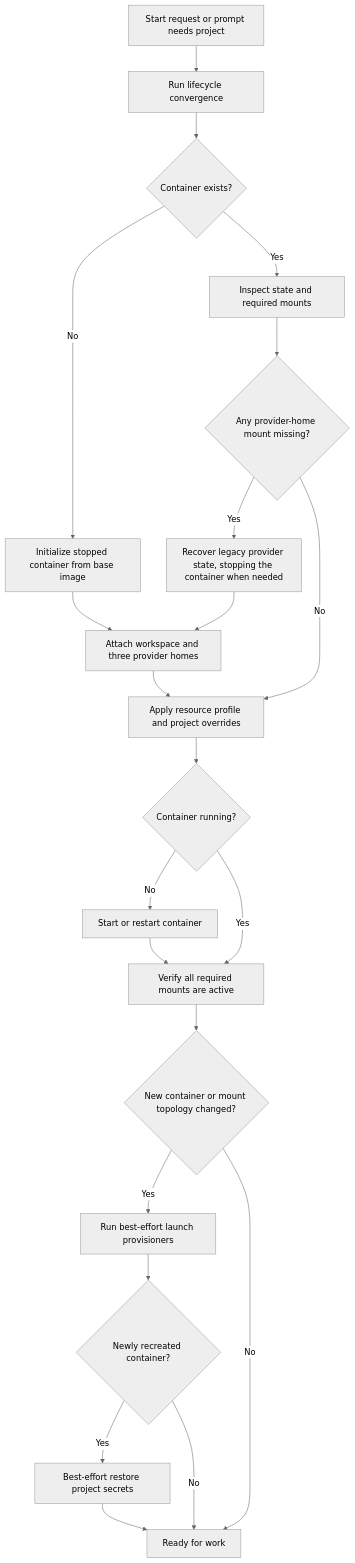
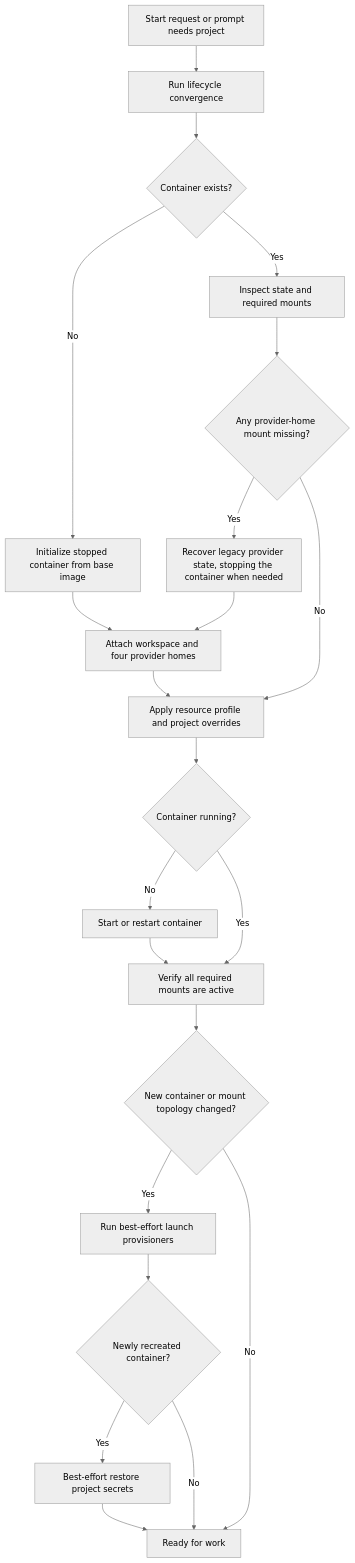
One commit to AbdallahMohamedDotnet/remote.futrx changed the fourth of 5 diagrams in docs/02-workspaces/03-projects-and-containers.md. Above: the diagram before and after it, drawn with Mermaid (neutral theme). The commit also changed other lines of this file and 27 other files, not shown here.

````diff
--- a/docs/02-workspaces/03-projects-and-containers.md
+++ b/docs/02-workspaces/03-projects-and-containers.md
@@ -104,24 +117,24 @@
 ```mermaid
 flowchart TD
     Start["Start request or prompt needs project"] --> Ensure["Run lifecycle convergence"]
     Ensure --> State{"Container exists?"}
     State -->|"No"| Init["Initialize stopped container from base image"]
     State -->|"Yes"| Inspect["Inspect state and required mounts"]
-    Init --> Attach["Attach workspace and three provider homes"]
+    Init --> Attach["Attach workspace and four provider homes"]
     Inspect --> Missing{"Any provider-home mount missing?"}
     Missing -->|"Yes"| Migrate["Recover legacy provider state, stopping the container when needed"]
     Migrate --> Attach
     Missing -->|"No"| Limits["Apply resource profile and project overrides"]
     Attach --> Limits
     Limits --> Running{"Container running?"}
     Running -->|"No"| Resume["Start or restart container"]
     Running -->|"Yes"| Verify["Verify all required mounts are active"]
     Resume --> Verify
     Verify --> Changed{"New container or mount topology changed?"}
     Changed -->|"Yes"| Provision["Run best-effort launch provisioners"]
     Changed -->|"No"| Ready["Ready for work"]
     Provision --> Recreated{"Newly recreated container?"}
     Recreated -->|"Yes"| Env["Best-effort restore project secrets"]
     Recreated -->|"No"| Ready
     Env --> Ready
 ```
````
